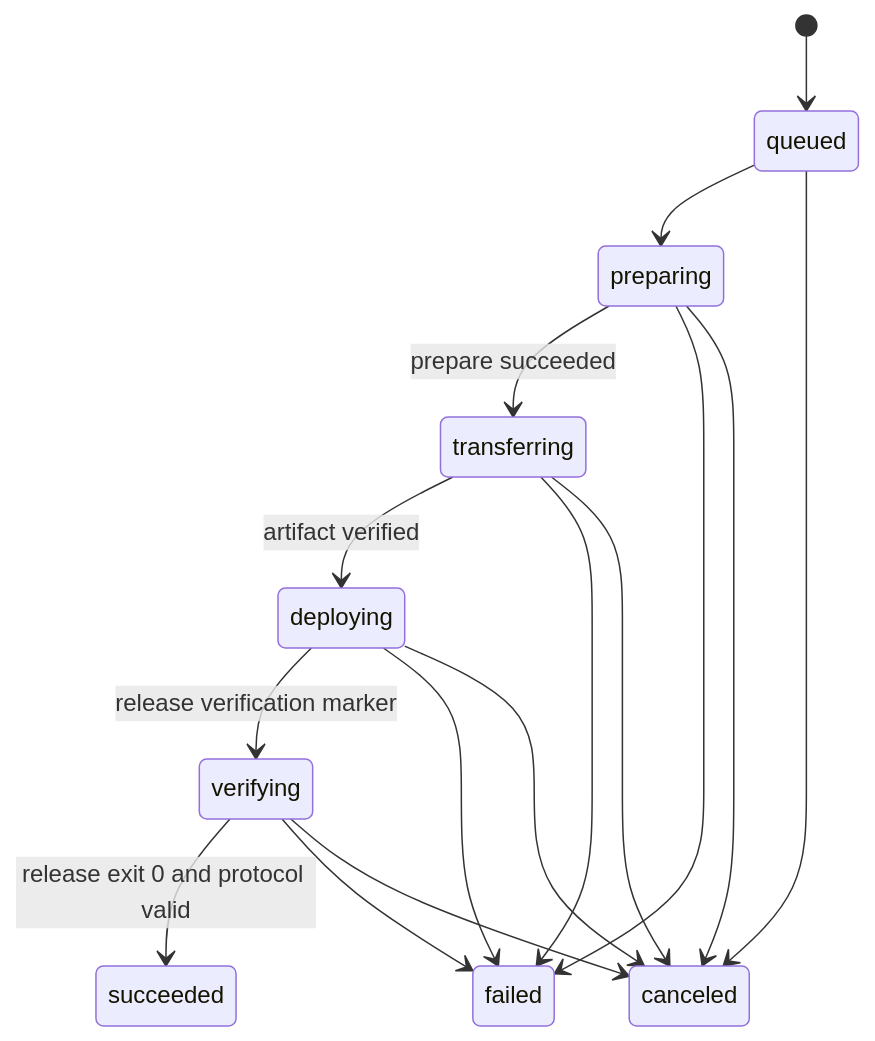
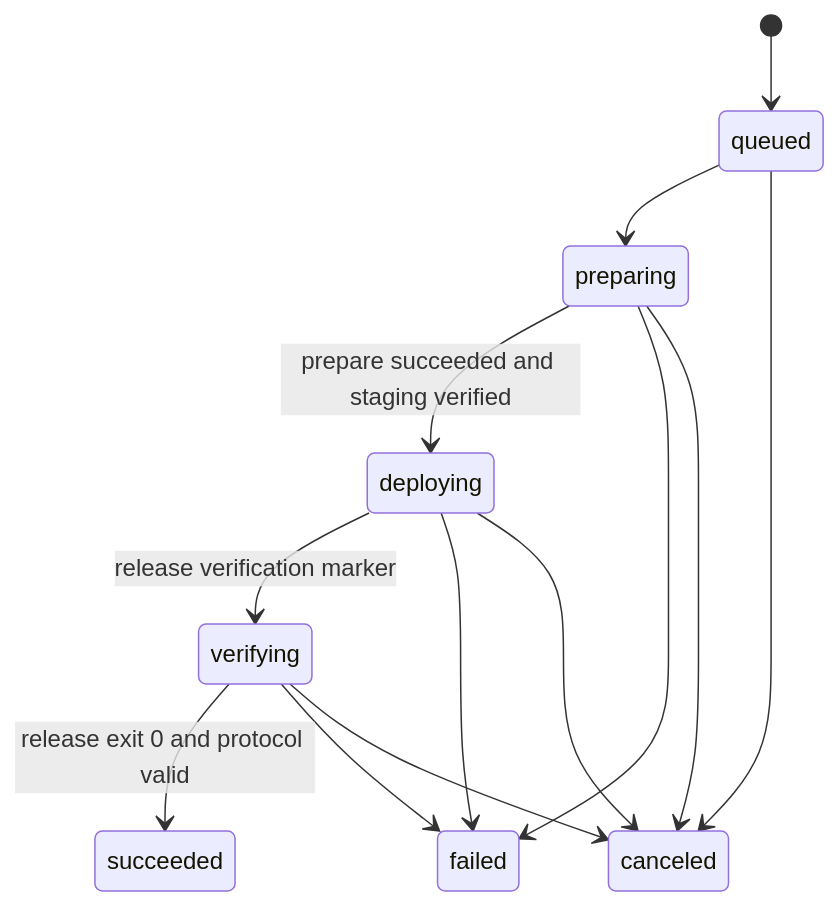
One commit to ZhcChen/deploy-go changed the second of 3 diagrams in docs/plans/2026-08-06-004-git-branch-two-stage-deployment-plan.md. Above: the diagram before and after it, drawn with Mermaid. The commit also changed other lines of this file and 1 other file, not shown here.

````diff
--- a/docs/plans/2026-08-06-004-git-branch-two-stage-deployment-plan.md
+++ b/docs/plans/2026-08-06-004-git-branch-two-stage-deployment-plan.md
@@ -209,18 +206,15 @@
 ```mermaid
 stateDiagram-v2
   [*] --> queued
   queued --> preparing
-  preparing --> transferring: prepare succeeded
-  transferring --> deploying: artifact verified
+  preparing --> deploying: prepare succeeded and staging verified
   deploying --> verifying: release verification marker
   verifying --> succeeded: release exit 0 and protocol valid
   queued --> canceled
   preparing --> failed
   preparing --> canceled
-  transferring --> failed
-  transferring --> canceled
   deploying --> failed
   deploying --> canceled
   verifying --> failed
   verifying --> canceled
 ```
````
